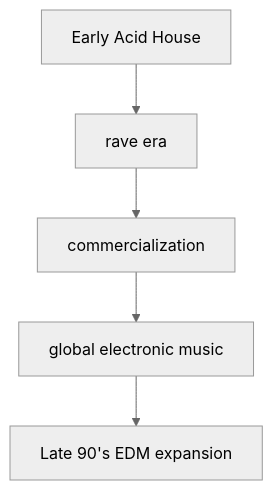
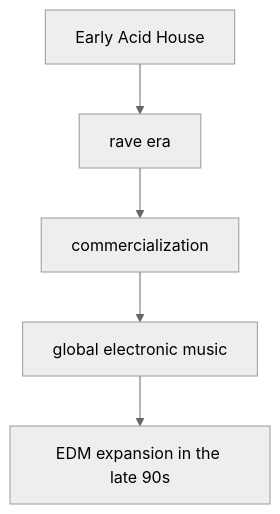
The tenth of 17 diagrams in en/_posts/2026-05-24-column-808-state.md (monumental-movement/monumental-movement.github.io), drawn with Mermaid (neutral theme) before and after one commit. The commit also changed other lines of this file and 657 other files, not shown here.

```diff
--- a/en/_posts/2026-05-24-column-808-state.md
+++ b/en/_posts/2026-05-24-column-808-state.md
@@ -376,7 +376,7 @@
 <div class="mermaid">
 flowchart TD
 A[Early Acid House] --> B[rave era]
 B --> C[commercialization]
 C --> D[global electronic music]
-D --> E[Late 90's EDM expansion]
+D --> E[EDM expansion in the late 90s]
 </div>
```
